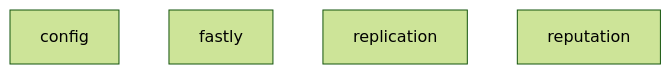
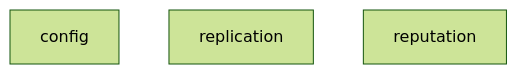
The diagram in README.md (utopia-php/monorepo), drawn with Mermaid (forest theme) before and after one commit. The commit also changed other lines of this file and 11 other files, not shown here.

````diff
--- a/README.md
+++ b/README.md
@@ -52,7 +52,6 @@
 ```mermaid
 graph TD
     config
-    fastly
     replication
     reputation
 ```
````
